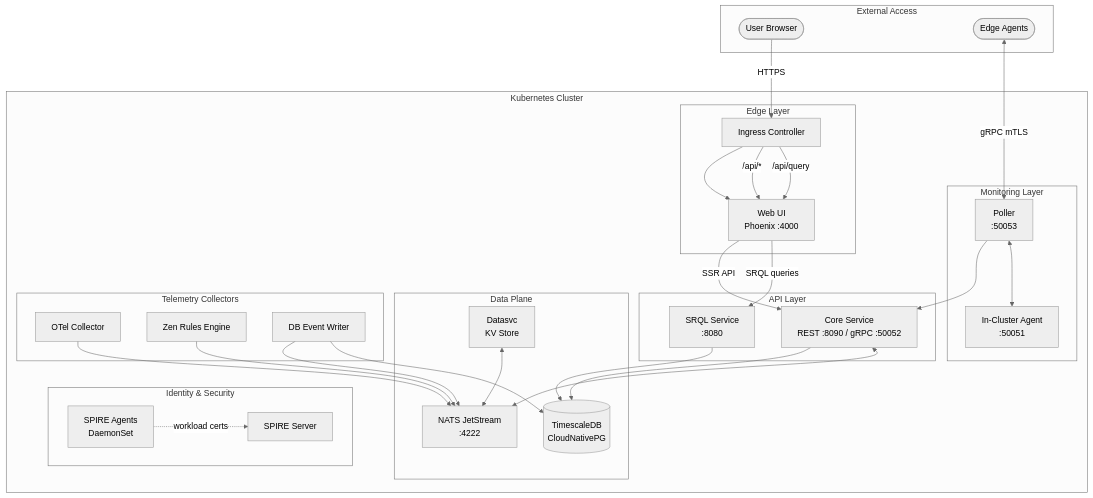
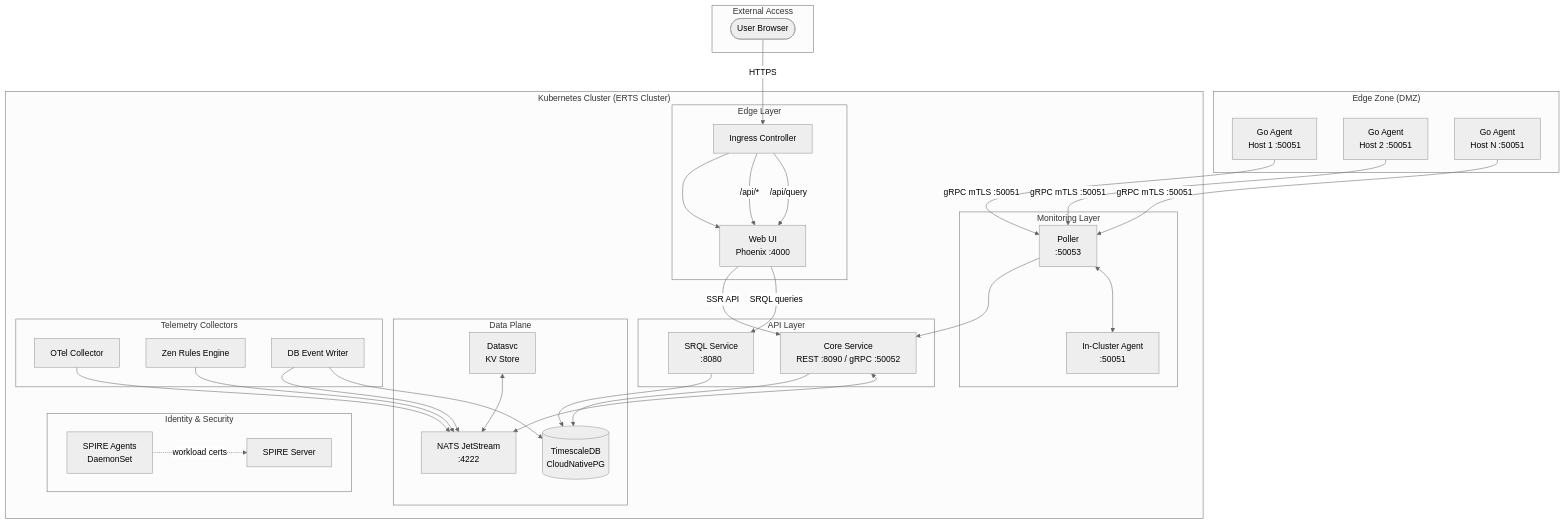
Before and after one commit to carverauto/serviceradar: the first of 6 diagrams in docs/docs/architecture.md, drawn with Mermaid (neutral theme). The commit also changed other lines of this file and 9 other files, not shown here.

````diff
--- a/docs/docs/architecture.md
+++ b/docs/docs/architecture.md
@@ -12,69 +12,76 @@
 ```mermaid
 flowchart TB
     subgraph External["External Access"]
         User([User Browser])
-        EdgeAgent([Edge Agents])
     end
 
-    subgraph Cluster["Kubernetes Cluster"]
+    subgraph EdgeZone["Edge Zone (DMZ)"]
+        GA1[Go Agent<br/>Host 1 :50051]
+        GA2[Go Agent<br/>Host 2 :50051]
+        GAN[Go Agent<br/>Host N :50051]
+    end
+
+    subgraph Cluster["Kubernetes Cluster (ERTS Cluster)"]
         subgraph Ingress["Edge Layer"]
             ING[Ingress Controller]
             WEB[Web UI<br/>Phoenix :4000]
         end
 
         subgraph API["API Layer"]
             CORE[Core Service<br/>REST :8090 / gRPC :50052]
             SRQL[SRQL Service<br/>:8080]
         end
 
         subgraph Monitoring["Monitoring Layer"]
             POLLER[Poller<br/>:50053]
             AGENT[In-Cluster Agent<br/>:50051]
         end
 
         subgraph DataPlane["Data Plane"]
             NATS[NATS JetStream<br/>:4222]
             DATASVC[Datasvc<br/>KV Store]
             CNPG[(TimescaleDB<br/>CloudNativePG)]
         end
 
         subgraph Collectors["Telemetry Collectors"]
             OTEL[OTel Collector]
             ZEN[Zen Rules Engine]
             DBWRITER[DB Event Writer]
         end
 
         subgraph Identity["Identity & Security"]
             SPIRE[SPIRE Server]
             SPIREAGENT[SPIRE Agents<br/>DaemonSet]
         end
     end
 
     %% User traffic flow
     User -->|HTTPS| ING
     ING --> WEB
     ING -->|/api/*| WEB
     ING -->|/api/query| WEB
     WEB -->|SSR API| CORE
     WEB -->|SRQL queries| SRQL
 
-    %% Edge agent flow
-    EdgeAgent <-->|gRPC mTLS| POLLER
+    %% Edge agent flow - gRPC only, no ERTS
+    GA1 -->|gRPC mTLS :50051| POLLER
+    GA2 -->|gRPC mTLS :50051| POLLER
+    GAN -->|gRPC mTLS :50051| POLLER
 
     %% Internal monitoring
     POLLER --> CORE
     POLLER <--> AGENT
 
     %% Data flow
     CORE --> CNPG
     SRQL --> CNPG
     CORE <--> NATS
     DATASVC <--> NATS
     OTEL --> NATS
     ZEN --> NATS
     DBWRITER --> NATS
     DBWRITER --> CNPG
 
     %% Identity (simplified - all services use SPIRE)
     SPIREAGENT -.->|workload certs| SPIRE
 ```
````
